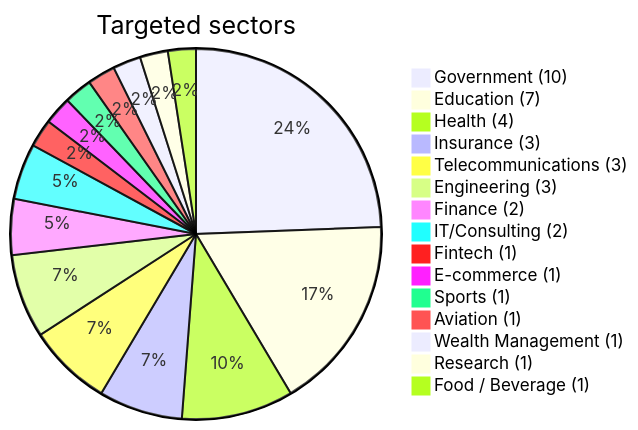
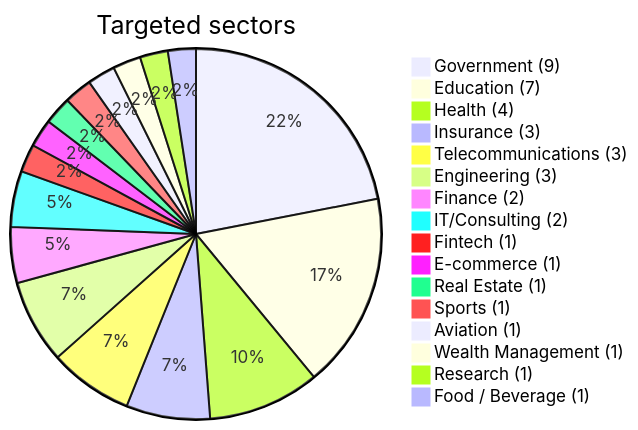
The fourth of 5 diagrams in statistics/2026/03-march/README.md (Hatchepsoute/AFRINTEL), drawn with Mermaid before and after one commit. The commit also changed other lines of this file and 255 other files, not shown here.

````diff
--- a/statistics/2026/03-march/README.md
+++ b/statistics/2026/03-march/README.md
@@ -96,19 +96,20 @@
 ```mermaid
 pie
     title Targeted sectors
-    "Government (10)" : 10
+    "Government (9)" : 9
     "Education (7)" : 7
     "Health (4)" : 4
     "Insurance (3)" : 3
     "Telecommunications (3)" : 3
     "Engineering (3)" : 3
     "Finance (2)" : 2
     "IT/Consulting (2)" : 2
     "Fintech (1)" : 1
     "E-commerce (1)" : 1
+    "Real Estate (1)" : 1
     "Sports (1)" : 1
     "Aviation (1)" : 1
     "Wealth Management (1)" : 1
     "Research (1)" : 1
     "Food / Beverage (1)" : 1
 ```
````
